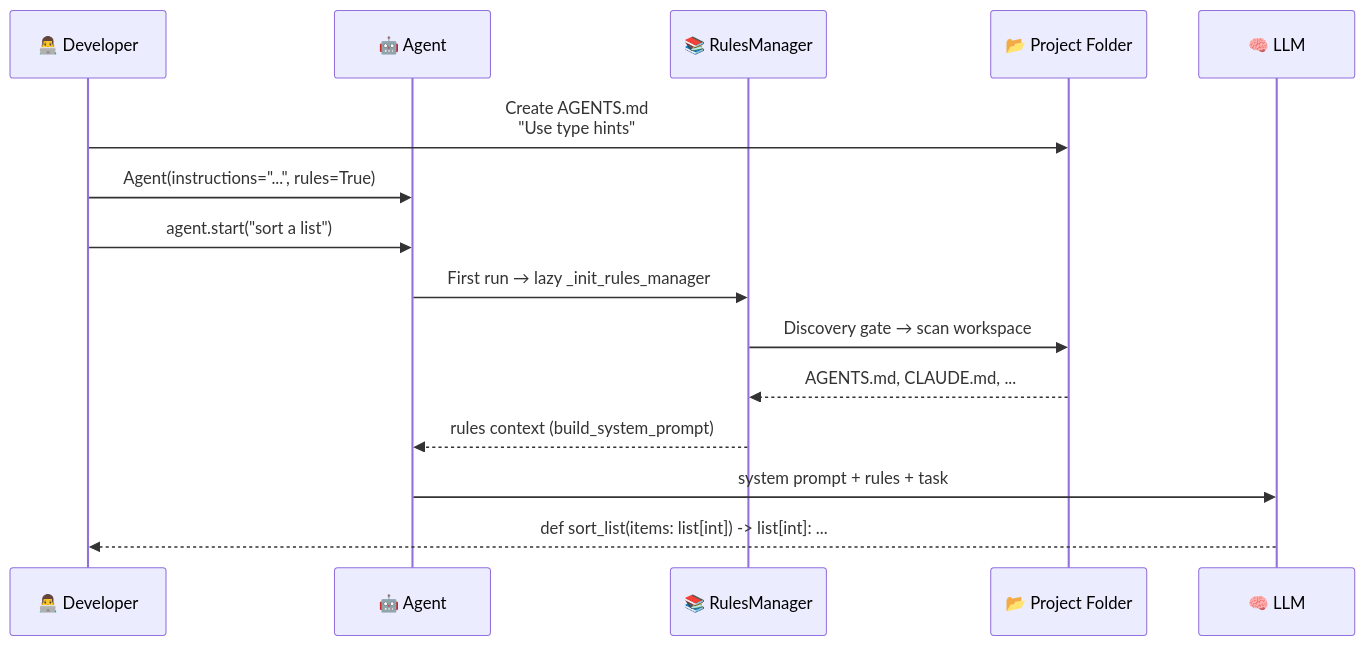
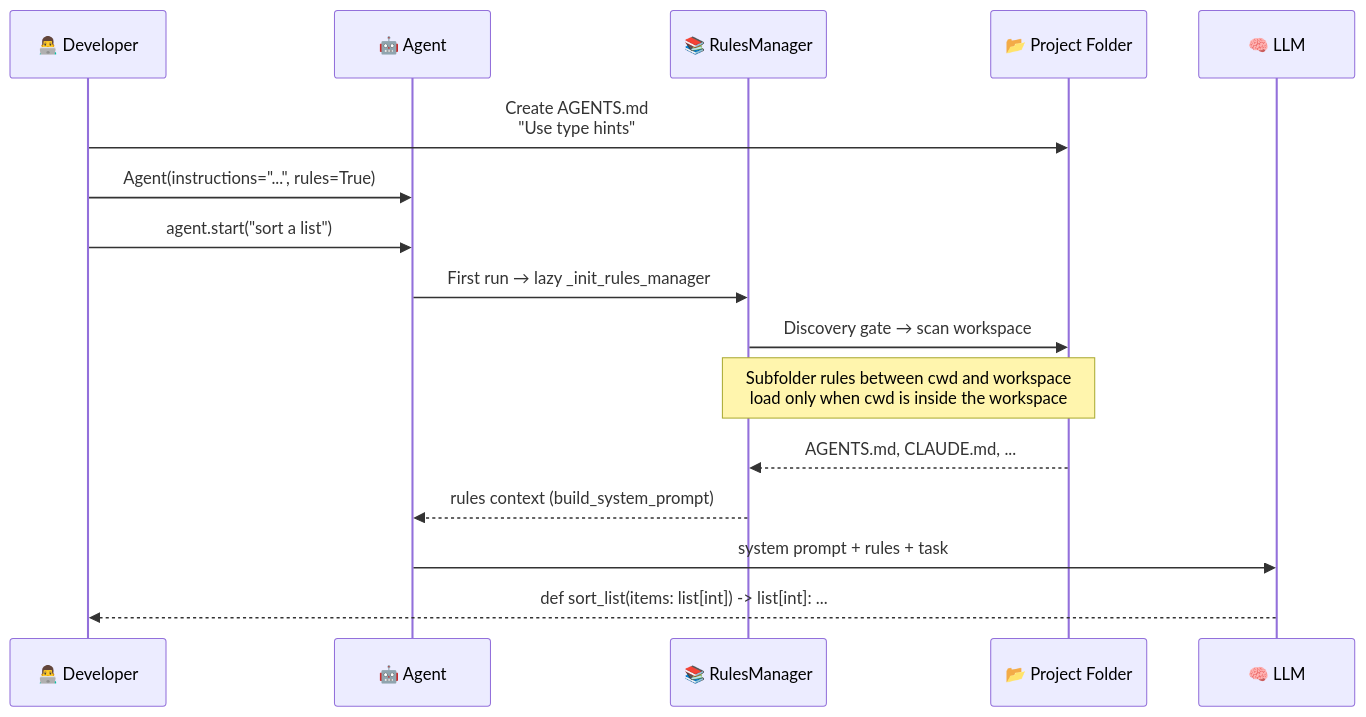
One commit to MervinPraison/PraisonAIDocs changed the third of 11 diagrams in docs/features/rules.mdx. Above: the diagram before and after it, drawn with Mermaid. The commit also changed other lines of this file, not shown here.

Commit message:
fix: document workspace-bounded subdirectory rule walk (fixes #4649)

````diff
--- a/docs/features/rules.mdx
+++ b/docs/features/rules.mdx
@@ -55,18 +55,19 @@
 ```mermaid
 sequenceDiagram
     participant Dev as 👨‍💻 Developer
     participant Agent as 🤖 Agent
     participant RM as 📚 RulesManager
     participant FS as 📂 Project Folder
     participant LLM as 🧠 LLM
 
     Dev->>FS: Create AGENTS.md<br/>"Use type hints"
     Dev->>Agent: Agent(instructions="...", rules=True)
     Dev->>Agent: agent.start("sort a list")
     Agent->>RM: First run → lazy _init_rules_manager
     RM->>FS: Discovery gate → scan workspace
+    Note over RM,FS: Subfolder rules between cwd and workspace<br/>load only when cwd is inside the workspace
     FS-->>RM: AGENTS.md, CLAUDE.md, ...
     RM-->>Agent: rules context (build_system_prompt)
     Agent->>LLM: system prompt + rules + task
     LLM-->>Dev: def sort_list(items: list[int]) -> list[int]: ...
 ```
````
